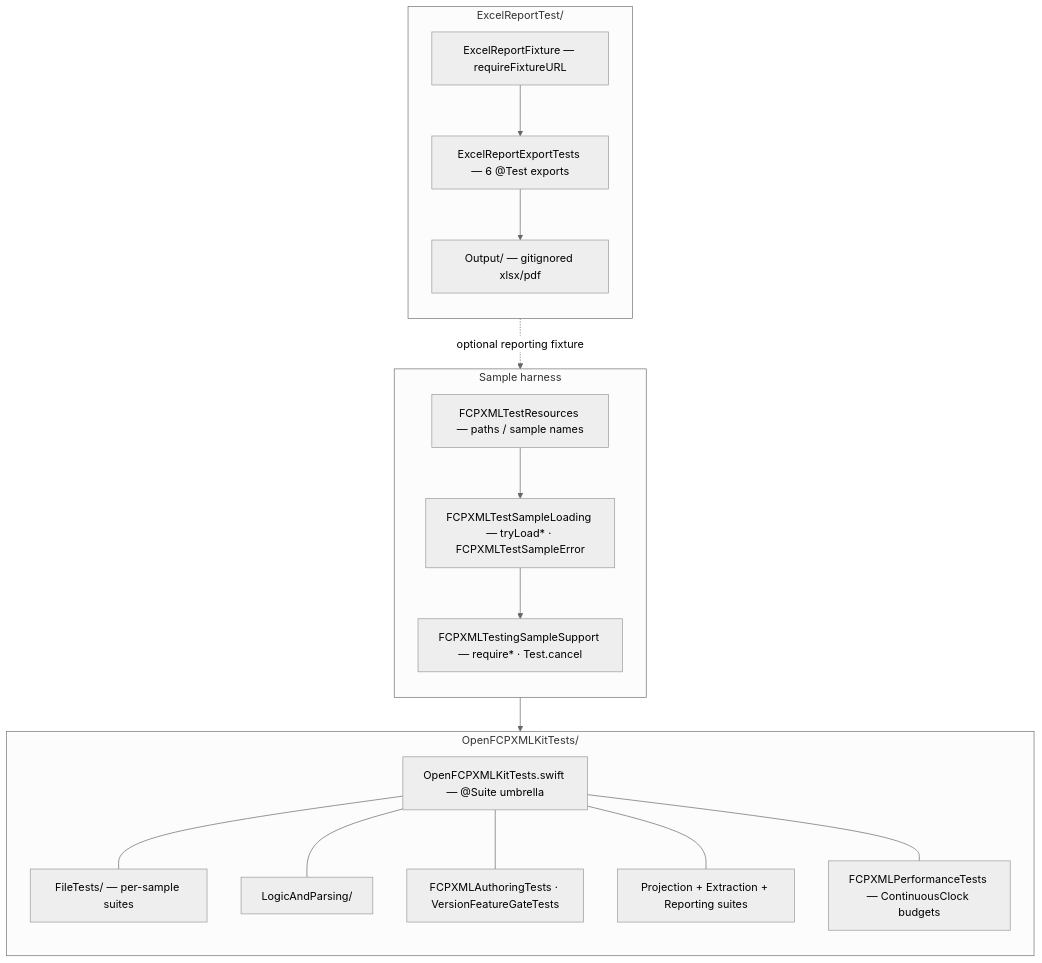
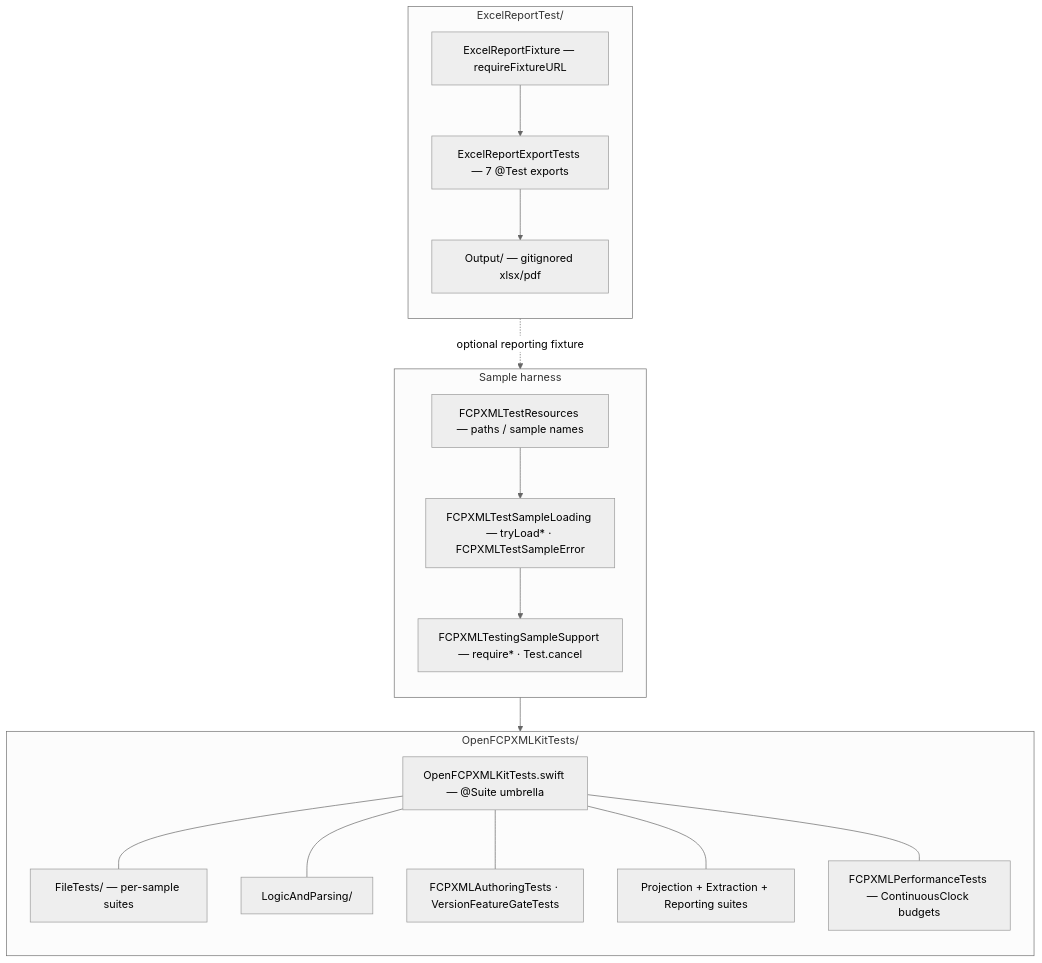
One commit to TheAcharya/OpenFCPXMLKit changed the second of 6 diagrams in ARCHITECTURE.md. Above: the diagram before and after it, drawn with Mermaid (neutral theme). The commit also changed other lines of this file and 31 other files, not shown here.

````diff
--- a/ARCHITECTURE.md
+++ b/ARCHITECTURE.md
@@ -228,36 +229,36 @@
 ```mermaid
 flowchart TB
     subgraph HARNESS["Sample harness"]
         direction TB
         RES["FCPXMLTestResources — paths / sample names"]
         LOAD["FCPXMLTestSampleLoading — tryLoad* · FCPXMLTestSampleError"]
         REQ["FCPXMLTestingSampleSupport — require* · Test.cancel"]
         RES --> LOAD --> REQ
     end
 
     subgraph OKT_TREE["OpenFCPXMLKitTests/"]
         direction TB
         UMB["OpenFCPXMLKitTests.swift — @Suite umbrella"]
         FILE["FileTests/ — per-sample suites"]
         LOGIC["LogicAndParsing/"]
         AUTH["FCPXMLAuthoringTests · VersionFeatureGateTests"]
         PROJ["Projection + Extraction + Reporting suites"]
         PERF["FCPXMLPerformanceTests — ContinuousClock budgets"]
         UMB --- FILE
         UMB --- LOGIC
         UMB --- AUTH
         UMB --- PROJ
         UMB --- PERF
     end
 
     subgraph ERT_TREE["ExcelReportTest/"]
         direction TB
         FIX["ExcelReportFixture — requireFixtureURL"]
-        EXP["ExcelReportExportTests — 6 @Test exports"]
+        EXP["ExcelReportExportTests — 7 @Test exports"]
         OUT["Output/ — gitignored xlsx/pdf"]
         FIX --> EXP --> OUT
     end
 
     HARNESS --> OKT_TREE
     FIX -.->|"optional reporting fixture"| HARNESS
 ```
````
